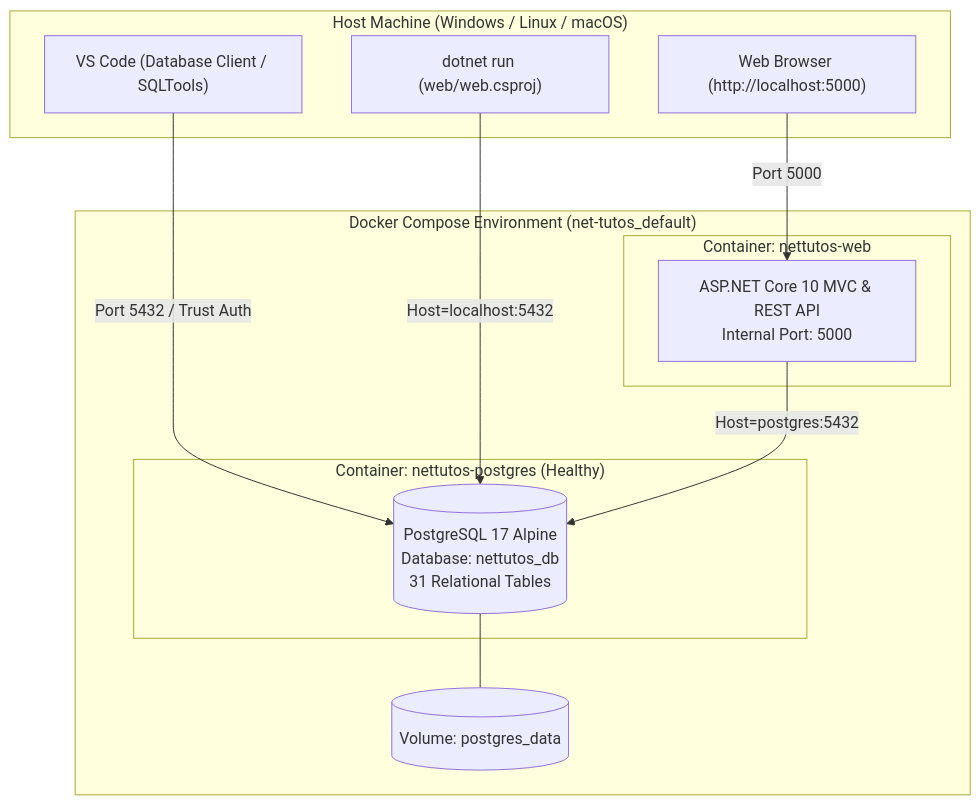
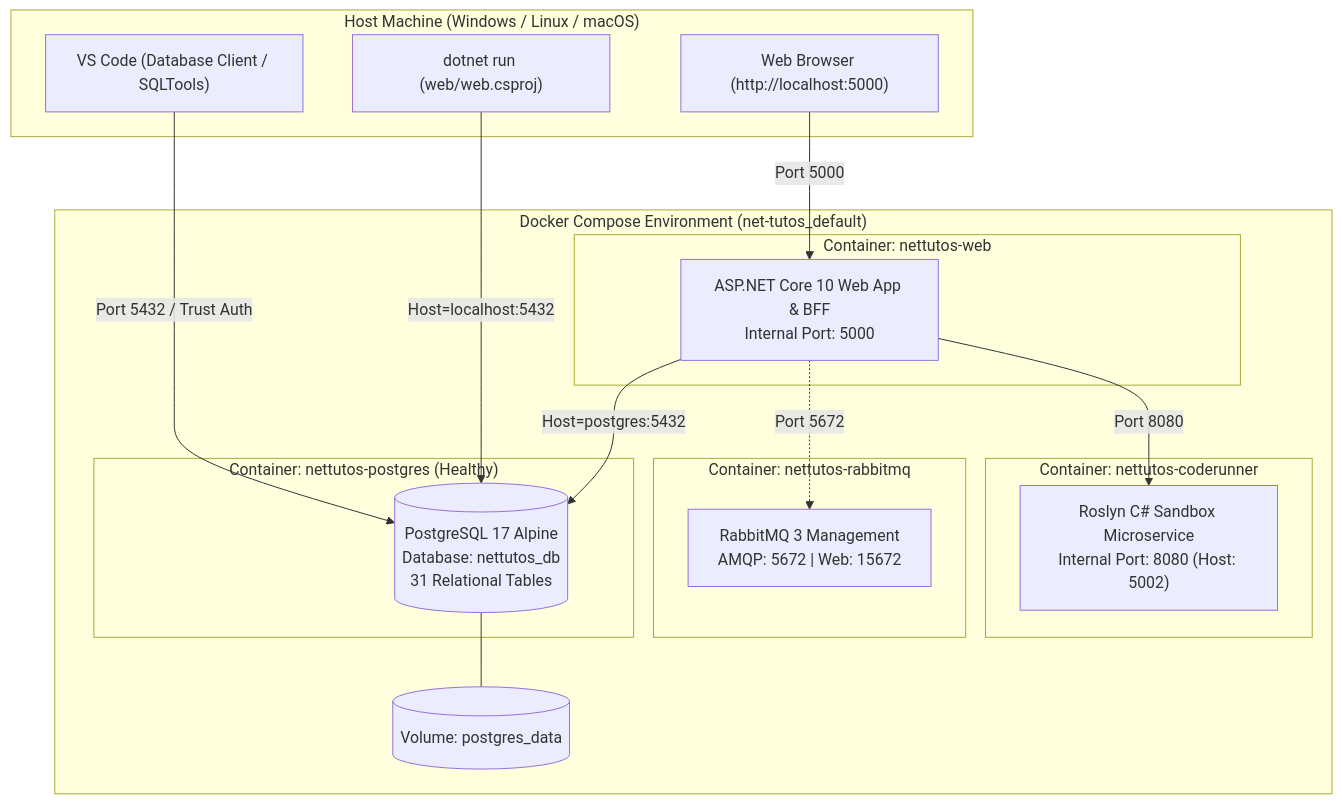
One commit to KaitoDeus/NET-Tutos changed the diagram in docs/07_docker_and_database_setup.md. Above: the diagram before and after it, drawn with Mermaid. The commit also changed other lines of this file and 3 other files, not shown here.

Commit message:
docs: document microservices architecture, Docker multi-container topology, and testing suite

````diff
--- a/docs/07_docker_and_database_setup.md
+++ b/docs/07_docker_and_database_setup.md
@@ -17,26 +17,36 @@
 ```mermaid
 graph TD
     subgraph HostMachine ["Host Machine (Windows / Linux / macOS)"]
         VSCode["VS Code (Database Client / SQLTools)"]
         DotnetLocal["dotnet run (web/web.csproj)"]
         Browser["Web Browser (http://localhost:5000)"]
     end
 
     subgraph DockerCompose ["Docker Compose Environment (net-tutos_default)"]
         subgraph WebContainer ["Container: nettutos-web"]
-            WebApp["ASP.NET Core 10 MVC & REST API<br/>Internal Port: 5000"]
+            WebApp["ASP.NET Core 10 Web App & BFF<br/>Internal Port: 5000"]
+        end
+
+        subgraph RunnerContainer ["Container: nettutos-coderunner"]
+            CodeRunner["Roslyn C# Sandbox Microservice<br/>Internal Port: 8080 (Host: 5002)"]
+        end
+
+        subgraph RabbitContainer ["Container: nettutos-rabbitmq"]
+            RabbitMQ["RabbitMQ 3 Management<br/>AMQP: 5672 | Web: 15672"]
         end
 
         subgraph PostgresContainer ["Container: nettutos-postgres (Healthy)"]
             PostgresDB[("PostgreSQL 17 Alpine<br/>Database: nettutos_db<br/>31 Relational Tables")]
         end
 
         Volume[("Volume: postgres_data")]
     end
 
     Browser -->|Port 5000| WebApp
+    WebApp -->|Port 8080| CodeRunner
+    WebApp -.->|Port 5672| RabbitMQ
     VSCode -->|Port 5432 / Trust Auth| PostgresDB
     DotnetLocal -->|Host=localhost:5432| PostgresDB
     WebApp -->|Host=postgres:5432| PostgresDB
     PostgresDB --- Volume
 ```
````
